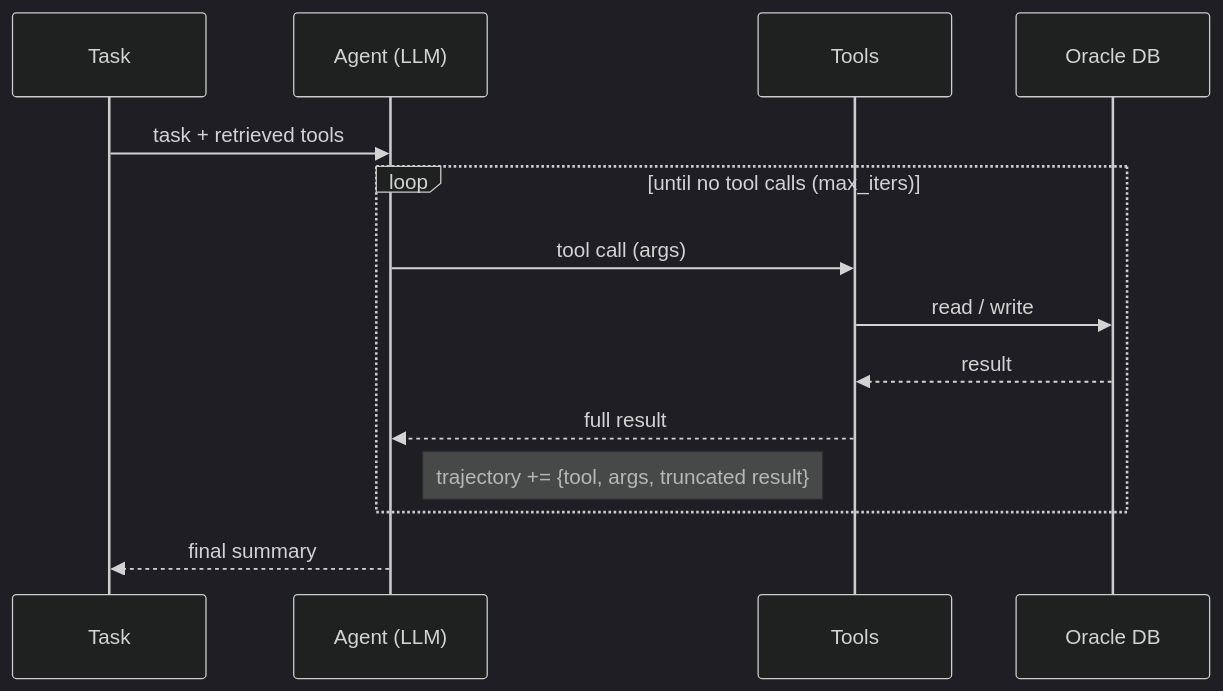
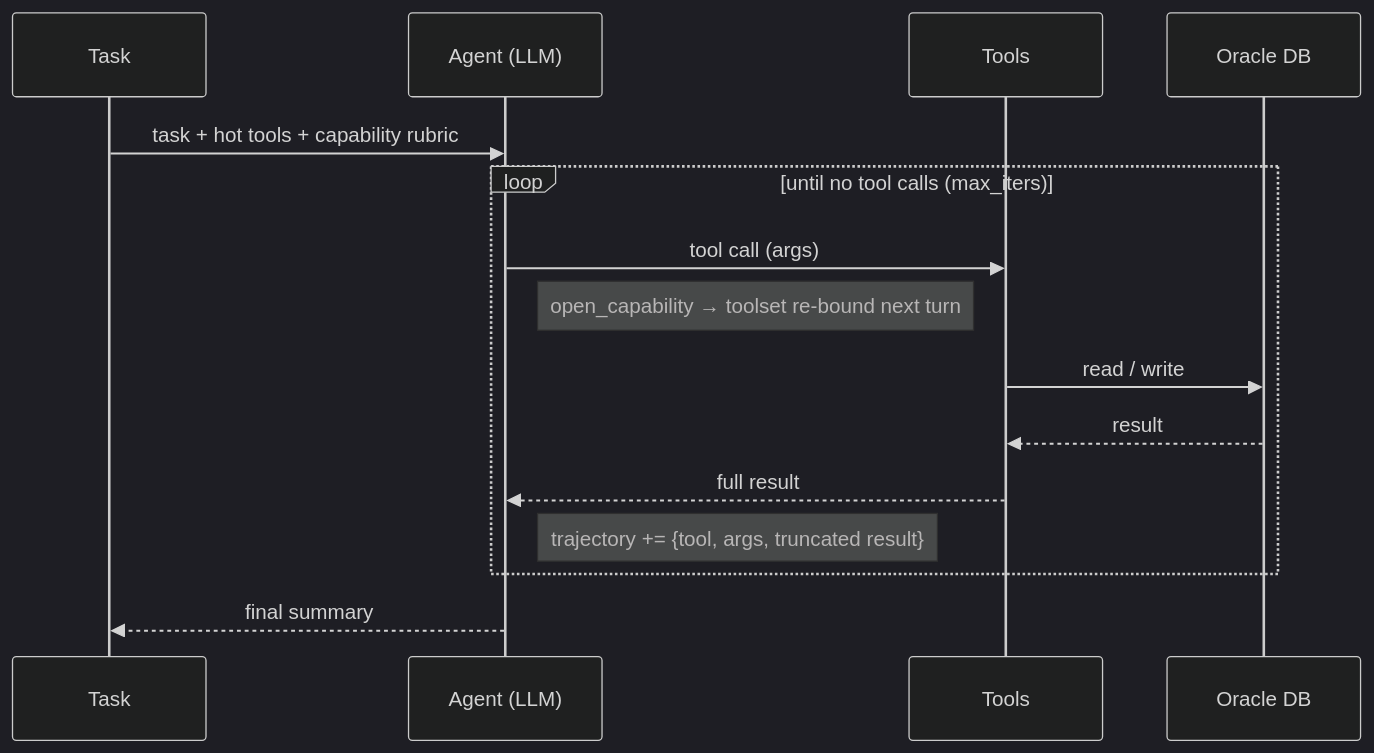
One commit to anantsrivast/cityops-agent-harness changed the fourth of 16 diagrams in docs/WALKTHROUGH.md. Above: the diagram before and after it, drawn with Mermaid (dark theme). The commit also changed other lines of this file and 2 other files, not shown here.

````diff
--- a/docs/WALKTHROUGH.md
+++ b/docs/WALKTHROUGH.md
@@ -134,16 +142,17 @@
 ```mermaid
 sequenceDiagram
   participant Task
   participant Agent as Agent (LLM)
   participant Tools
   participant DB as Oracle DB
-  Task->>Agent: task + retrieved tools
+  Task->>Agent: task + hot tools + capability rubric
   loop until no tool calls (max_iters)
     Agent->>Tools: tool call (args)
+    Note right of Agent: open_capability → toolset re-bound next turn
     Tools->>DB: read / write
     DB-->>Tools: result
     Tools-->>Agent: full result
     Note right of Agent: trajectory += {tool, args, truncated result}
   end
   Agent-->>Task: final summary
 ```
````
